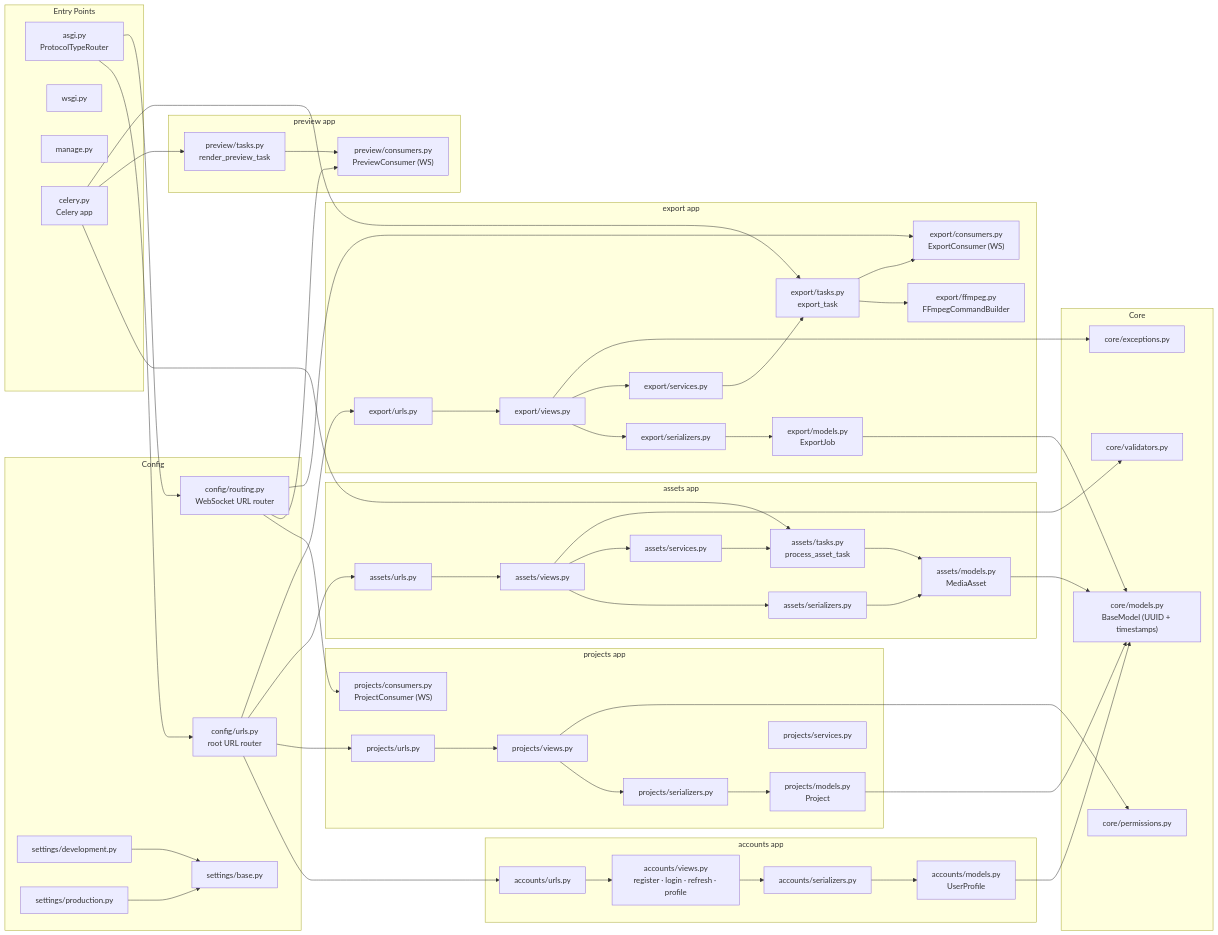
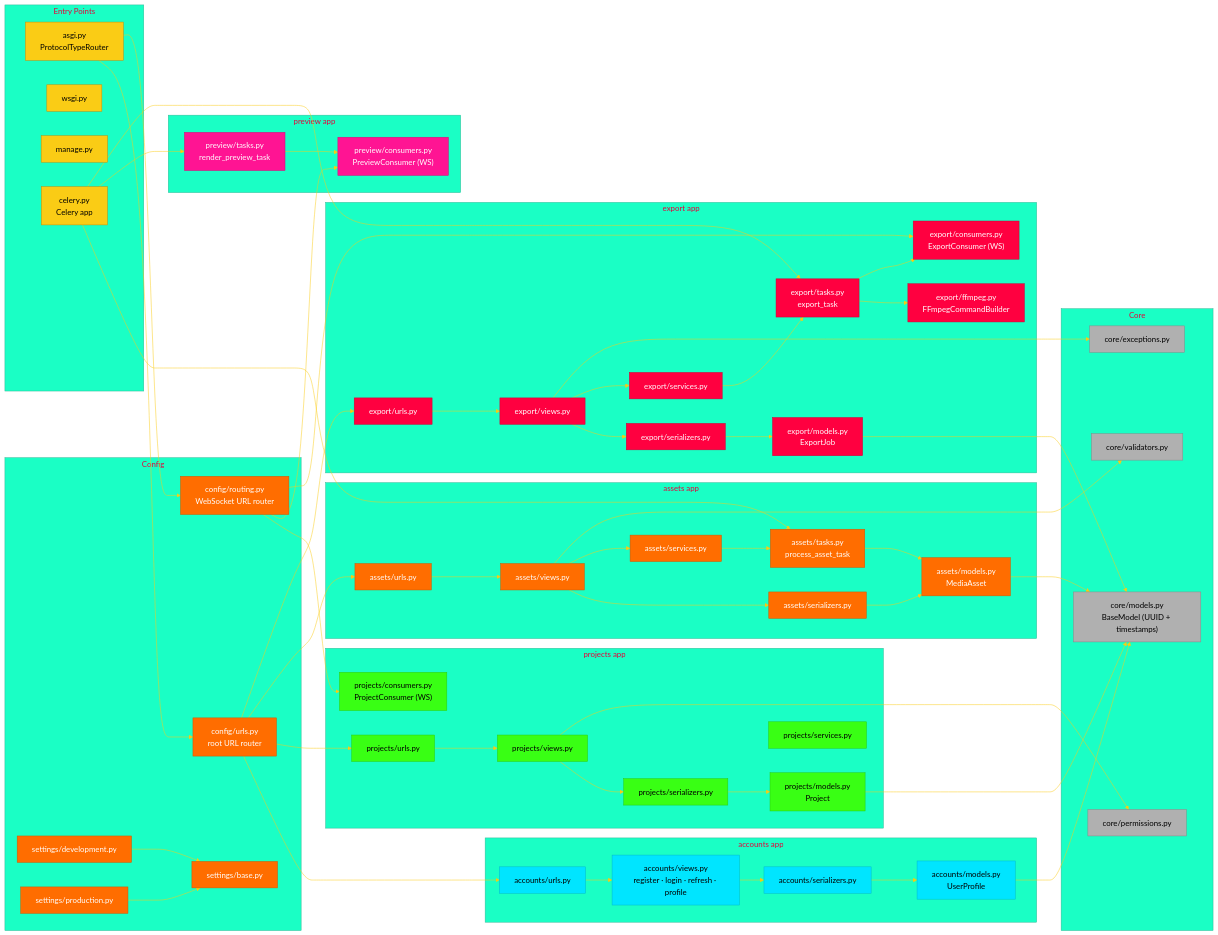
The third of 7 diagrams in README.md (lucky-panchal/AuraCut), drawn with Mermaid before and after one commit. The commit also changed other lines of this file, not shown here.

Commit message:
docs: upgrade Mermaid diagrams to bold technical color palette

````diff
--- a/README.md
+++ b/README.md
@@ -162,4 +190,5 @@
 ```mermaid
+%%{init: {"theme": "base", "themeVariables": {"primaryColor": "#ff0040", "primaryTextColor": "#000000", "primaryBorderColor": "#ff0040", "lineColor": "#facc15"}}}%%
 graph LR
     subgraph BE_Entry["Entry Points"]
         ASGI["asgi.py<br/>ProtocolTypeRouter"]
@@ -246,4 +275,22 @@
     CELERY_APP --> ASSET_TASKS & PREV_TASKS & EXP_TASKS
     SETTINGS_DEV --> SETTINGS_BASE
     SETTINGS_PROD --> SETTINGS_BASE
+
+    classDef entry fill:#facc15,stroke:#ca8a04,color:#000
+    classDef config fill:#ff6d00,stroke:#cc5700,color:#fff
+    classDef core fill:#b0b0b0,stroke:#888,color:#000
+    classDef accounts fill:#00e5ff,stroke:#00b8cc,color:#000
+    classDef projects fill:#39ff14,stroke:#2bcc0f,color:#000
+    classDef assets fill:#ff6d00,stroke:#cc5700,color:#fff
+    classDef preview fill:#ff1493,stroke:#cc0f76,color:#fff
+    classDef export fill:#ff0040,stroke:#cc0033,color:#fff
+
+    class ASGI,WSGI,MANAGE,CELERY_APP entry
+    class URLS,ROUTING,SETTINGS_BASE,SETTINGS_DEV,SETTINGS_PROD config
+    class BASE_MODEL,PERMS,VALIDATORS,EXCEPTIONS core
+    class ACC_MODEL,ACC_SER,ACC_VIEWS,ACC_URLS accounts
+    class PROJ_MODEL,PROJ_SER,PROJ_VIEWS,PROJ_URLS,PROJ_SVC,PROJ_CON projects
+    class ASSET_MODEL,ASSET_SER,ASSET_VIEWS,ASSET_URLS,ASSET_SVC,ASSET_TASKS assets
+    class PREV_CON,PREV_TASKS preview
+    class EXP_MODEL,EXP_SER,EXP_VIEWS,EXP_URLS,EXP_SVC,EXP_TASKS,EXP_FFMPEG,EXP_CON export
 ```
````
